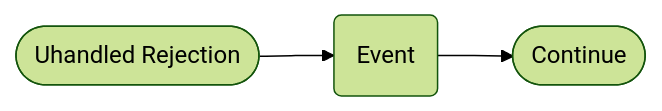
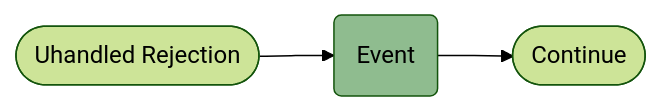
Before and after one commit to peque-ts/website: the fourth of 4 diagrams in docs/framework/lifecycle.md, drawn with Mermaid (forest theme). The commit also changed other lines of this file and 28 other files, not shown here.

Commit message:
chore: replace diagrams with mermaid

````diff
--- a/docs/framework/lifecycle.md
+++ b/docs/framework/lifecycle.md
@@ -36,5 +48,7 @@
 ```mermaid
 graph LR
-  UNR([Uhandled Rejection]) --> S(Event)
+  UNR([Uhandled Rejection]) --> S(Event):::server
   S --> C([Continue])
+  
+  classDef server fill:DarkSeaGreen
 ```
````
